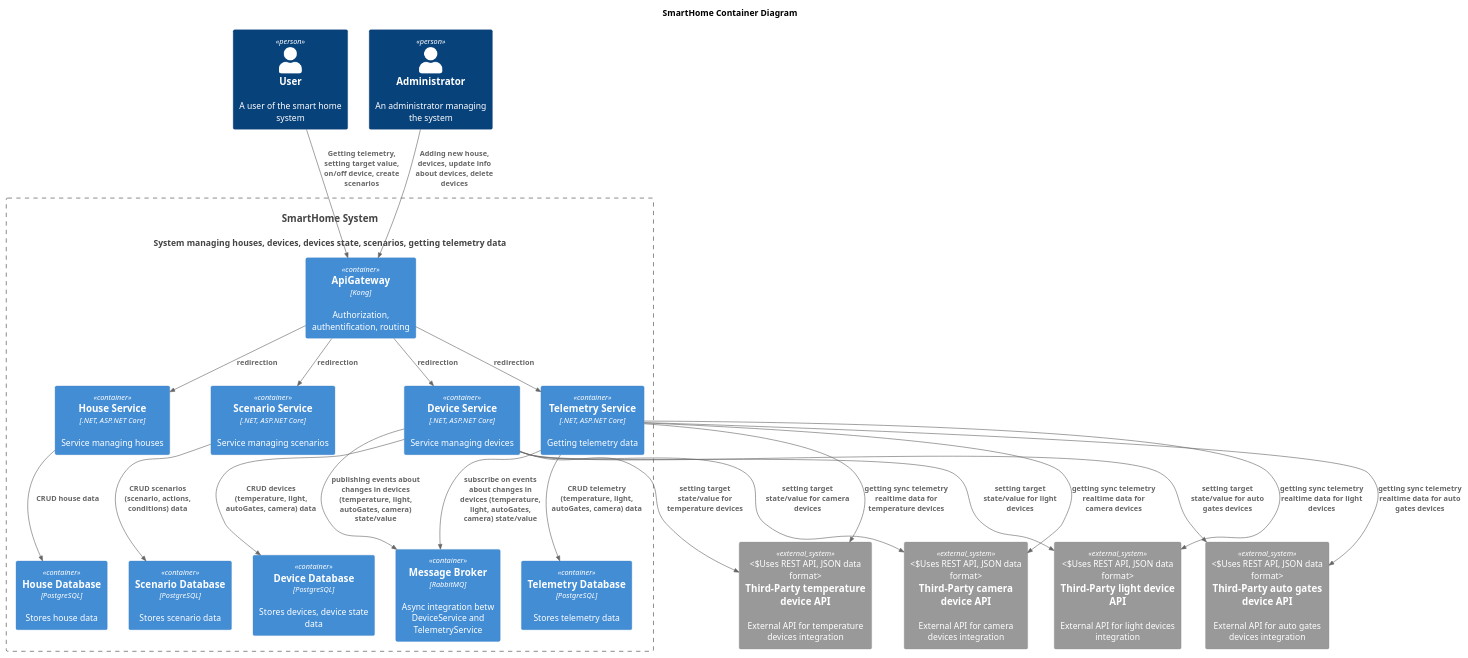
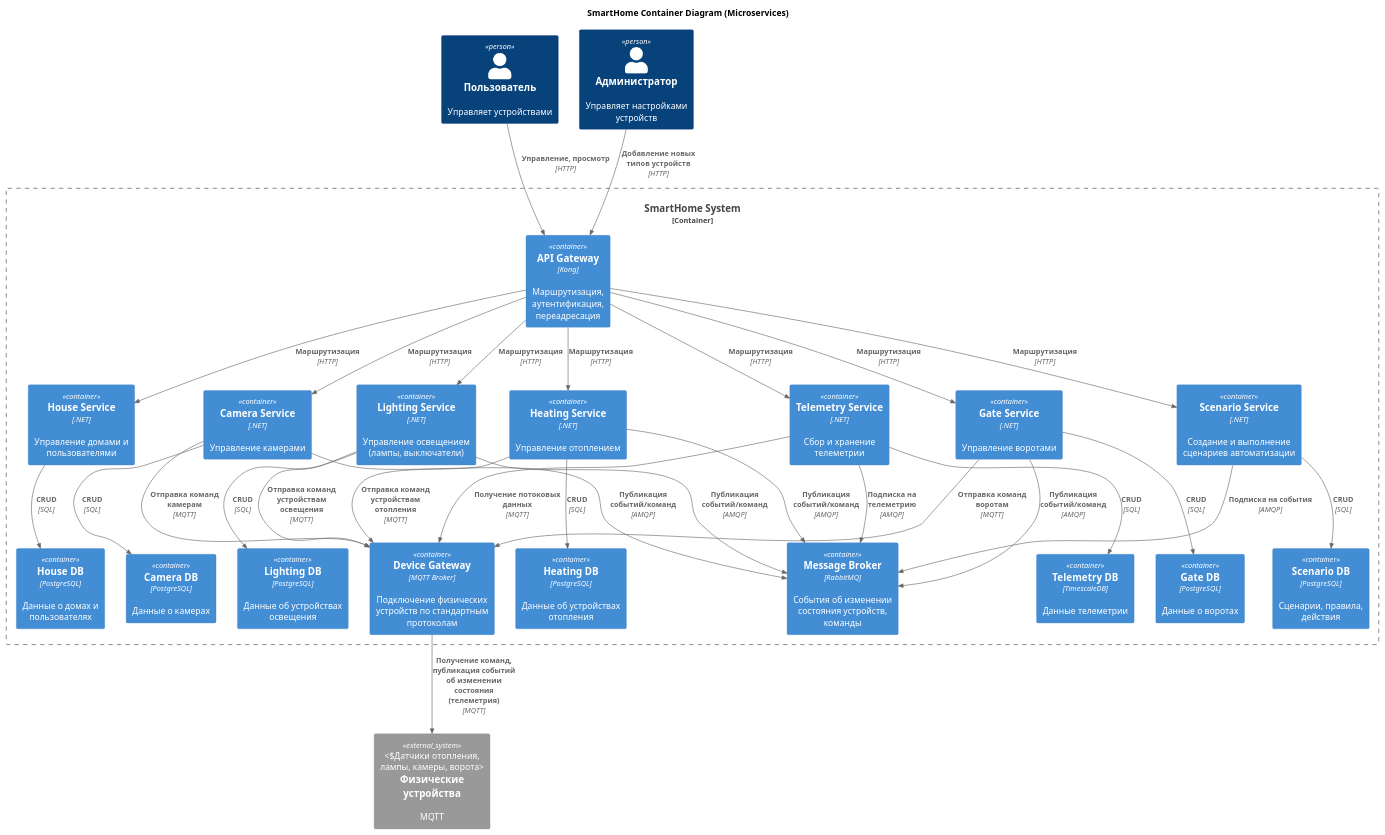
One commit to aakaltenberg/Yandex-Practicum-architecture-pro-warmhouse changed the diagram in smart_home_arch_docs/docs/architecture/smartHome_container.md. Above: the diagram before and after it, drawn with PlantUML.

Commit message:
warmhouse: solution of tasks 2: changed container C4 diagram

````diff
--- a/smart_home_arch_docs/docs/architecture/smartHome_container.md
+++ b/smart_home_arch_docs/docs/architecture/smartHome_container.md
@@ -1,61 +1,70 @@
 ```puml
 @startuml
-title SmartHome Container Diagram
+title SmartHome Container Diagram (Microservices)
+!includeurl https://raw.githubusercontent.com/RicardoNiepel/C4-PlantUML/master/C4_Container.puml
 
-top to bottom direction
+Person(user, "Пользователь", "Управляет устройствами")
+Person(admin, "Администратор", "Управляет настройками устройств")
 
-!includeurl https://raw.githubusercontent.com/RicardoNiepel/C4-PlantUML/master/C4_Component.puml
-
-Person(user, "User", "A user of the smart home system")
-Person(admin, "Administrator", "An administrator managing the system")
-System(SmartHomeSystem, "SmartHome System", "System managing houses, devices, devices state, scenarios, getting telemetry data")
-
-Container_Boundary(SmartHomeSystem, "SmartHome System") {
-  Container(HouseService, "House Service", ".NET, ASP.NET Core", "Service managing houses")
-  Container(DeviceService, "Device Service", ".NET, ASP.NET Core", "Service managing devices")
-  Container(ScenarioService, "Scenario Service", ".NET, ASP.NET Core", "Service managing scenarios")
-  Container(TelemetryService, "Telemetry Service", ".NET, ASP.NET Core", "Getting telemetry data")
-
-  Container(HouseDatabase, "House Database", "PostgreSQL", "Stores house data")
-  Container(DeviceDatabase, "Device Database", "PostgreSQL", "Stores devices, device state data")
-  Container(ScenarioDatabase, "Scenario Database", "PostgreSQL", "Stores scenario data")
-  Container(TelemetryDatabase, "Telemetry Database", "PostgreSQL", "Stores telemetry data")
-  
-  Container(MessageBroker, "Message Broker", "RabbitMQ", "Async integration betw DeviceService and TelemetryService")
-
-  Container(ApiGateway, "ApiGateway", "Kong", "Authorization, authentification, routing")
+Container_Boundary(smarthome, "SmartHome System") {
+    Container(api_gateway, "API Gateway", "Kong", "Маршрутизация, аутентификация, переадресация")
+    
+    Container(house_service, "House Service", ".NET", "Управление домами и пользователями")
+    Container(heating_service, "Heating Service", ".NET", "Управление отоплением")
+    Container(lighting_service, "Lighting Service", ".NET", "Управление освещением (лампы, выключатели)")
+    Container(camera_service, "Camera Service", ".NET", "Управление камерами")
+    Container(gate_service, "Gate Service", ".NET", "Управление воротами")
+    Container(scenario_service, "Scenario Service", ".NET", "Создание и выполнение сценариев автоматизации")
+    Container(telemetry_service, "Telemetry Service", ".NET", "Сбор и хранение телеметрии")
+    
+    Container(house_db, "House DB", "PostgreSQL", "Данные о домах и пользователях")
+    Container(heating_db, "Heating DB", "PostgreSQL", "Данные об устройствах отопления")
+    Container(lighting_db, "Lighting DB", "PostgreSQL", "Данные об устройствах освещения")
+    Container(camera_db, "Camera DB", "PostgreSQL", "Данные о камерах")
+    Container(gate_db, "Gate DB", "PostgreSQL", "Данные о воротах")
+    Container(scenario_db, "Scenario DB", "PostgreSQL", "Сценарии, правила, действия")
+    Container(telemetry_db, "Telemetry DB", "TimescaleDB", "Данные телеметрии")
+    
+    Container(message_broker, "Message Broker", "RabbitMQ", "События об изменении состояния устройств, команды")
+    
+    Container(device_gateway, "Device Gateway", "MQTT Broker", "Подключение физических устройств по стандартным протоколам")
 }
 
-System_Ext(TemperatureService, "Third-Party temperature device API", "External API for temperature devices integration", "Uses REST API, JSON data format")
-System_Ext(LightService, "Third-Party light device API", "External API for light devices integration", "Uses REST API, JSON data format")
-System_Ext(AutoGatesService, "Third-Party auto gates device API", "External API for auto gates devices integration", "Uses REST API, JSON data format")
-System_Ext(CameraService, "Third-Party camera device API", "External API for camera devices integration", "Uses REST API, JSON data format")
+System_Ext(physical_devices, "Физические устройства", "MQTT", "Датчики отопления, лампы, камеры, ворота")
 
-Rel(user, ApiGateway, "Getting telemetry, setting target value, on/off device, create scenarios") 
-Rel(admin, ApiGateway, "Adding new house, devices, update info about devices, delete devices") 
+Rel(user, api_gateway, "Управление, просмотр", "HTTP")
+Rel(admin, api_gateway, "Добавление новых типов устройств", "HTTP")
 
-Rel(ApiGateway,HouseService,"redirection")
-Rel(ApiGateway,DeviceService,"redirection")
-Rel(ApiGateway,ScenarioService,"redirection")
-Rel(ApiGateway,TelemetryService,"redirection")
+Rel(api_gateway, house_service, "Маршрутизация", "HTTP")
+Rel(api_gateway, heating_service, "Маршрутизация", "HTTP")
+Rel(api_gateway, lighting_service, "Маршрутизация", "HTTP")
+Rel(api_gateway, camera_service, "Маршрутизация", "HTTP")
+Rel(api_gateway, gate_service, "Маршрутизация", "HTTP")
+Rel(api_gateway, scenario_service, "Маршрутизация", "HTTP")
+Rel(api_gateway, telemetry_service, "Маршрутизация", "HTTP")
 
-Rel(TelemetryService,TemperatureService,"getting sync telemetry realtime data for temperature devices")
-Rel(TelemetryService,LightService,"getting sync telemetry realtime data for light devices")
-Rel(TelemetryService,AutoGatesService,"getting sync telemetry realtime data for auto gates devices")
-Rel(TelemetryService,CameraService,"getting sync telemetry realtime data for camera devices")
+Rel(house_service, house_db, "CRUD", "SQL")
+Rel(heating_service, heating_db, "CRUD", "SQL")
+Rel(lighting_service, lighting_db, "CRUD", "SQL")
+Rel(camera_service, camera_db, "CRUD", "SQL")
+Rel(gate_service, gate_db, "CRUD", "SQL")
+Rel(scenario_service, scenario_db, "CRUD", "SQL")
+Rel(telemetry_service, telemetry_db, "CRUD", "SQL")
 
-Rel(DeviceService,TemperatureService,"setting target state/value for temperature devices")
-Rel(DeviceService,LightService,"setting target state/value for light devices")
-Rel(DeviceService,AutoGatesService,"setting target state/value for auto gates devices")
-Rel(DeviceService,CameraService,"setting target state/value for camera devices")
+Rel(heating_service, message_broker, "Публикация событий/команд", "AMQP")
+Rel(lighting_service, message_broker, "Публикация событий/команд", "AMQP")
+Rel(camera_service, message_broker, "Публикация событий/команд", "AMQP")
+Rel(gate_service, message_broker, "Публикация событий/команд", "AMQP")
+Rel(telemetry_service, message_broker, "Подписка на телеметрию", "AMQP")
+Rel(scenario_service, message_broker, "Подписка на события", "AMQP")
 
-Rel(HouseService,HouseDatabase,"CRUD house data")
-Rel(DeviceService,DeviceDatabase,"CRUD devices (temperature, light, autoGates, camera) data")
-Rel(ScenarioService,ScenarioDatabase,"CRUD scenarios (scenario, actions, conditions) data")
-Rel(TelemetryService,TelemetryDatabase,"CRUD telemetry (temperature, light, autoGates, camera) data")
+Rel(heating_service, device_gateway, "Отправка команд устройствам отопления", "MQTT")
+Rel(lighting_service, device_gateway, "Отправка команд устройствам освещения", "MQTT")
+Rel(camera_service, device_gateway, "Отправка команд камерам", "MQTT")
+Rel(gate_service, device_gateway, "Отправка команд воротам", "MQTT")
+Rel(telemetry_service, device_gateway, "Получение потоковых данных", "MQTT")
 
-Rel(DeviceService, MessageBroker, "publishing events about changes in devices (temperature, light, autoGates, camera) state/value")
-Rel(TelemetryService, MessageBroker, "subscribe on events about changes in devices (temperature, light, autoGates, camera) state/value")
+Rel(device_gateway, physical_devices, "Получение команд, публикация событий об изменении состояния (телеметрия)", "MQTT")
 
 @enduml
 ```
````
